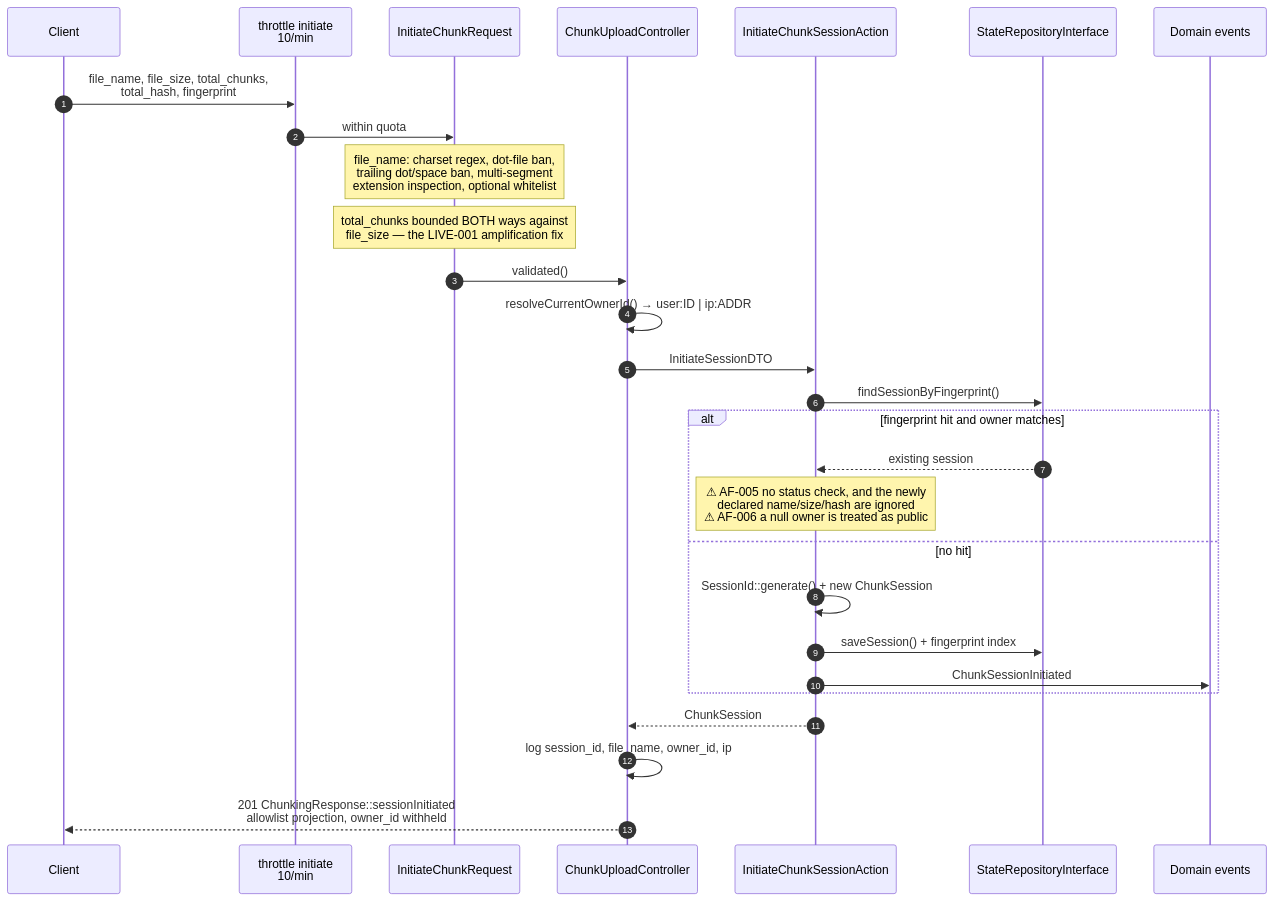
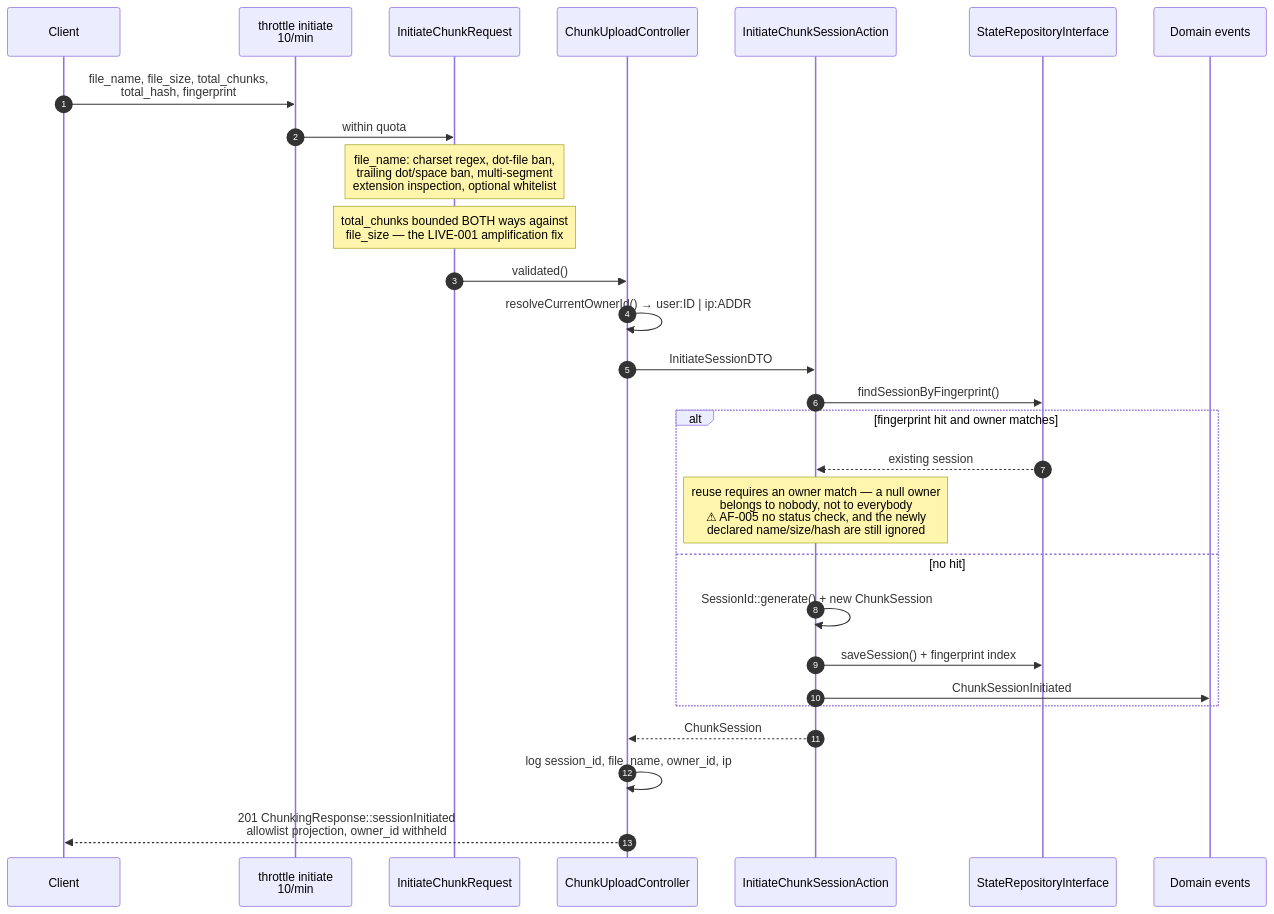
The first of 6 diagrams in docs/architecture/request-lifecycle.md (JuanGuerreroDev/stateful-chunking-package), drawn with Mermaid before and after one commit. The commit also changed other lines of this file and 12 other files, not shown here.

````diff
--- a/docs/architecture/request-lifecycle.md
+++ b/docs/architecture/request-lifecycle.md
@@ -36,31 +43,31 @@
 ```mermaid
 sequenceDiagram
     autonumber
     participant CL as Client
     participant RL as throttle initiate<br/>10/min
     participant FR as InitiateChunkRequest
     participant CT as ChunkUploadController
     participant AC as InitiateChunkSessionAction
     participant RP as StateRepositoryInterface
     participant EV as Domain events
 
     CL->>RL: file_name, file_size, total_chunks,<br/>total_hash, fingerprint
     RL->>FR: within quota
     Note over FR: file_name: charset regex, dot-file ban,<br/>trailing dot/space ban, multi-segment<br/>extension inspection, optional whitelist
     Note over FR: total_chunks bounded BOTH ways against<br/>file_size — the LIVE-001 amplification fix
     FR->>CT: validated()
     CT->>CT: resolveCurrentOwnerId() → user:ID | ip:ADDR
     CT->>AC: InitiateSessionDTO
     AC->>RP: findSessionByFingerprint()
     alt fingerprint hit and owner matches
         RP-->>AC: existing session
-        Note over AC: ⚠ AF-005 no status check, and the newly<br/>declared name/size/hash are ignored<br/>⚠ AF-006 a null owner is treated as public
+        Note over AC: reuse requires an owner match — a null owner<br/>belongs to nobody, not to everybody<br/>⚠ AF-005 no status check, and the newly<br/>declared name/size/hash are still ignored
     else no hit
         AC->>AC: SessionId::generate() + new ChunkSession
         AC->>RP: saveSession() + fingerprint index
         AC->>EV: ChunkSessionInitiated
     end
     AC-->>CT: ChunkSession
     CT->>CT: log session_id, file_name, owner_id, ip
     CT-->>CL: 201 ChunkingResponse::sessionInitiated<br/>allowlist projection, owner_id withheld
 ```
````
